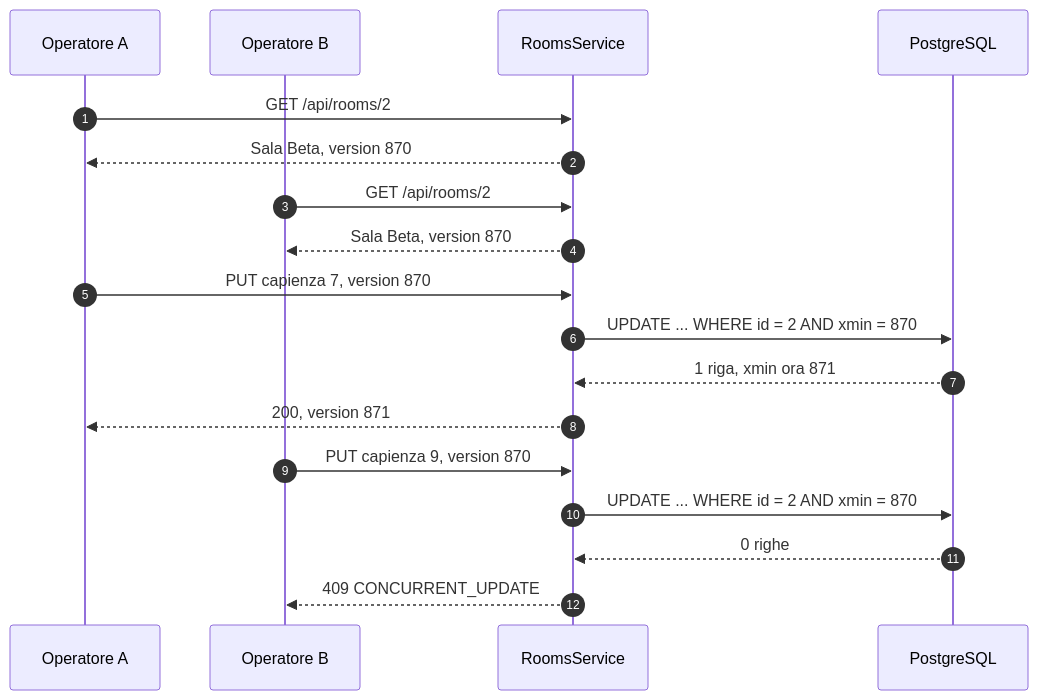
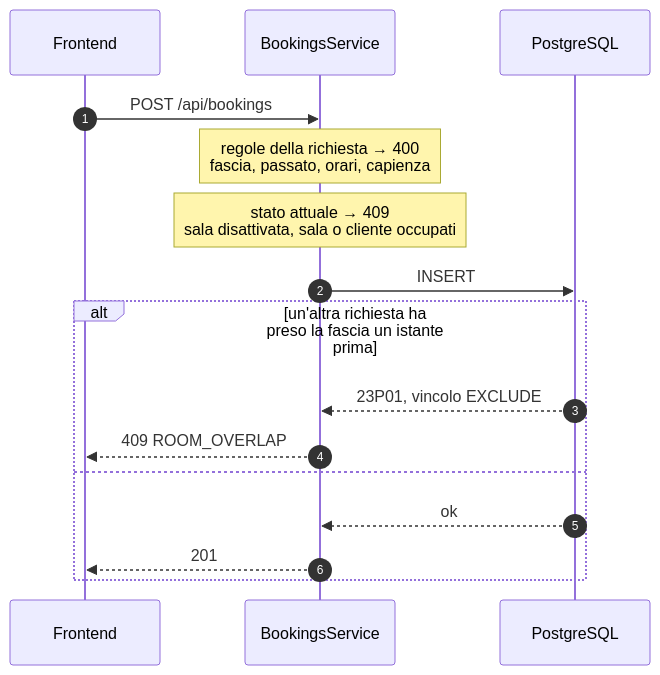
One commit to Alecorbad/coworking changed the eighth of 8 diagrams in README.md. Above: the diagram before and after it, drawn with Mermaid. The commit also changed other lines of this file, not shown here.

Commit message:
docs(readme): prenotazioni, scelte e limiti, avvio e password della receptionist

````diff
--- a/README.md
+++ b/README.md
@@ -358,21 +386,19 @@
 ```mermaid
 sequenceDiagram
     autonumber
-    participant A as Operatore A
-    participant B as Operatore B
-    participant API as RoomsService
+    participant F as Frontend
+    participant S as BookingsService
     participant D as PostgreSQL
 
-    A->>API: GET /api/rooms/2
-    API-->>A: Sala Beta, version 870
-    B->>API: GET /api/rooms/2
-    API-->>B: Sala Beta, version 870
-    A->>API: PUT capienza 7, version 870
-    API->>D: UPDATE ... WHERE id = 2 AND xmin = 870
-    D-->>API: 1 riga, xmin ora 871
-    API-->>A: 200, version 871
-    B->>API: PUT capienza 9, version 870
-    API->>D: UPDATE ... WHERE id = 2 AND xmin = 870
-    D-->>API: 0 righe
-    API-->>B: 409 CONCURRENT_UPDATE
+    F->>S: POST /api/bookings
+    Note over S: regole della richiesta → 400<br/>fascia, passato, orari, capienza
+    Note over S: stato attuale → 409<br/>sala disattivata, sala o cliente occupati
+    S->>D: INSERT
+    alt un'altra richiesta ha preso la fascia un istante prima
+        D-->>S: 23P01, vincolo EXCLUDE
+        S-->>F: 409 ROOM_OVERLAP
+    else
+        D-->>S: ok
+        S-->>F: 201
+    end
 ```
````
